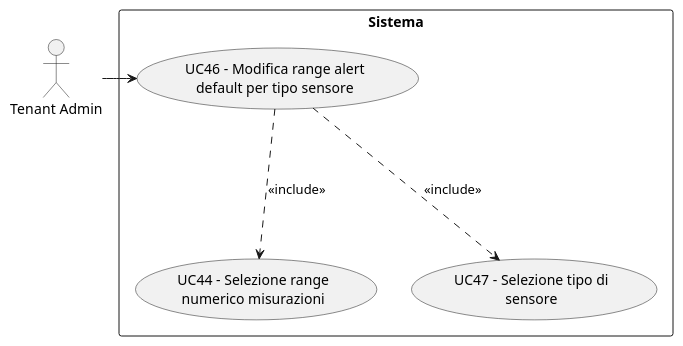
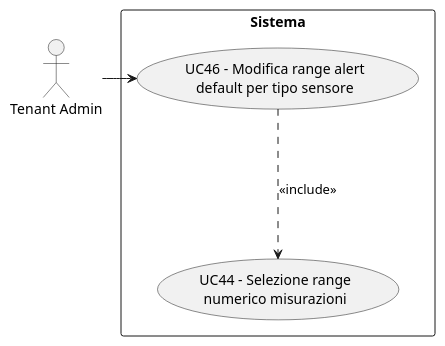
One commit to NoTIPswe/RepoDocumentale changed the diagram in docs/12-rtb/docest/analisi_requisiti/puml_output/cloud/modifica_range_default_tipo_sensore.puml. Above: the diagram before and after it, drawn with PlantUML. The commit also changed 17 other files, not shown here.

```diff
--- a/docs/12-rtb/docest/analisi_requisiti/puml_output/cloud/modifica_range_default_tipo_sensore.puml
+++ b/docs/12-rtb/docest/analisi_requisiti/puml_output/cloud/modifica_range_default_tipo_sensore.puml
@@ -1,18 +1,16 @@
 @startuml
 skinparam wrapWidth 200
 skinparam MaxMessageSize 150
 top to bottom direction
 skinparam packageStyle rectangle
 
 actor "Tenant Admin" as CA_tenant_adm
 
 rectangle "Sistema" {
     usecase "UC46 - Modifica range alert default per tipo sensore" as modifica_range_default_tipo_sensore
     usecase "UC44 - Selezione range numerico misurazioni" as selezione_range_numerico
-    usecase "UC47 - Selezione tipo di sensore" as selezione_tipo_sensore
 }
 
 CA_tenant_adm -right-> modifica_range_default_tipo_sensore
-modifica_range_default_tipo_sensore -down..> selezione_tipo_sensore : <<include>>
 modifica_range_default_tipo_sensore -down..> selezione_range_numerico : <<include>>
 @enduml
```
